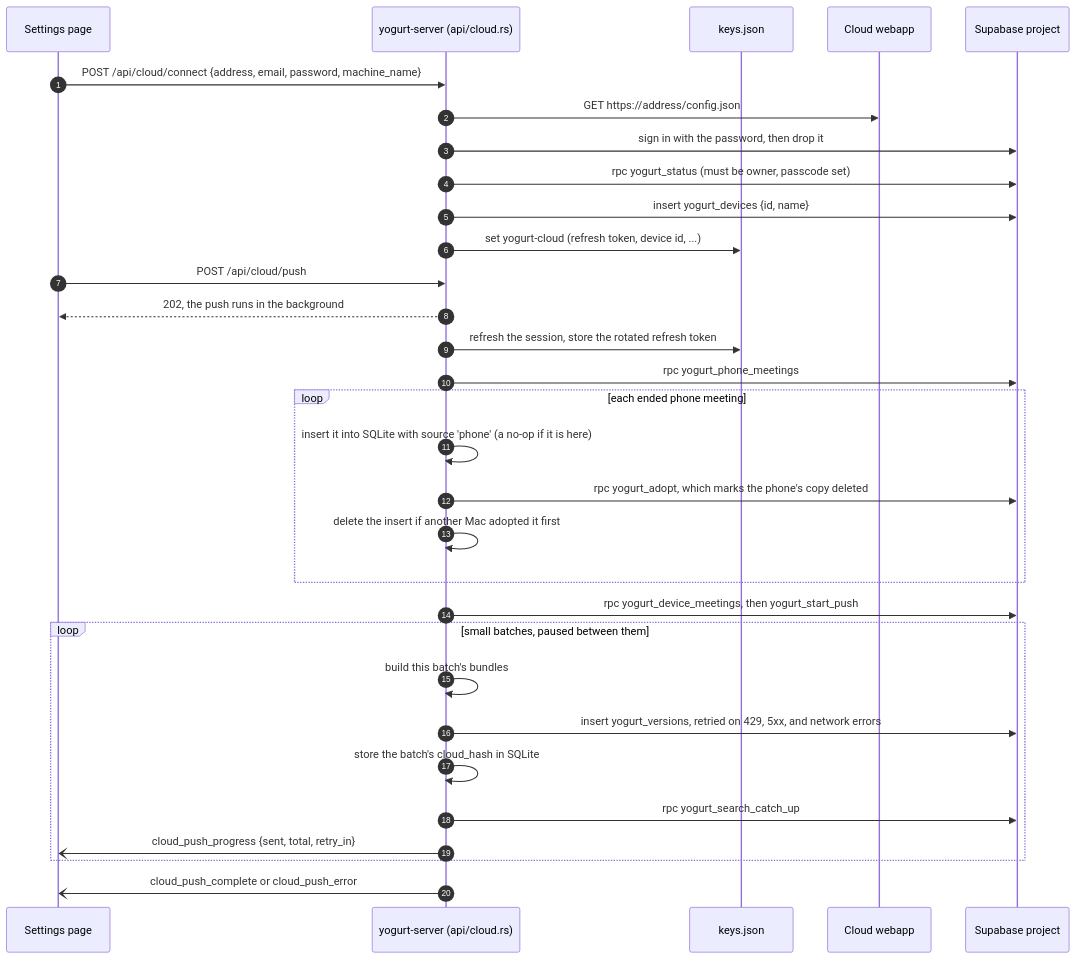
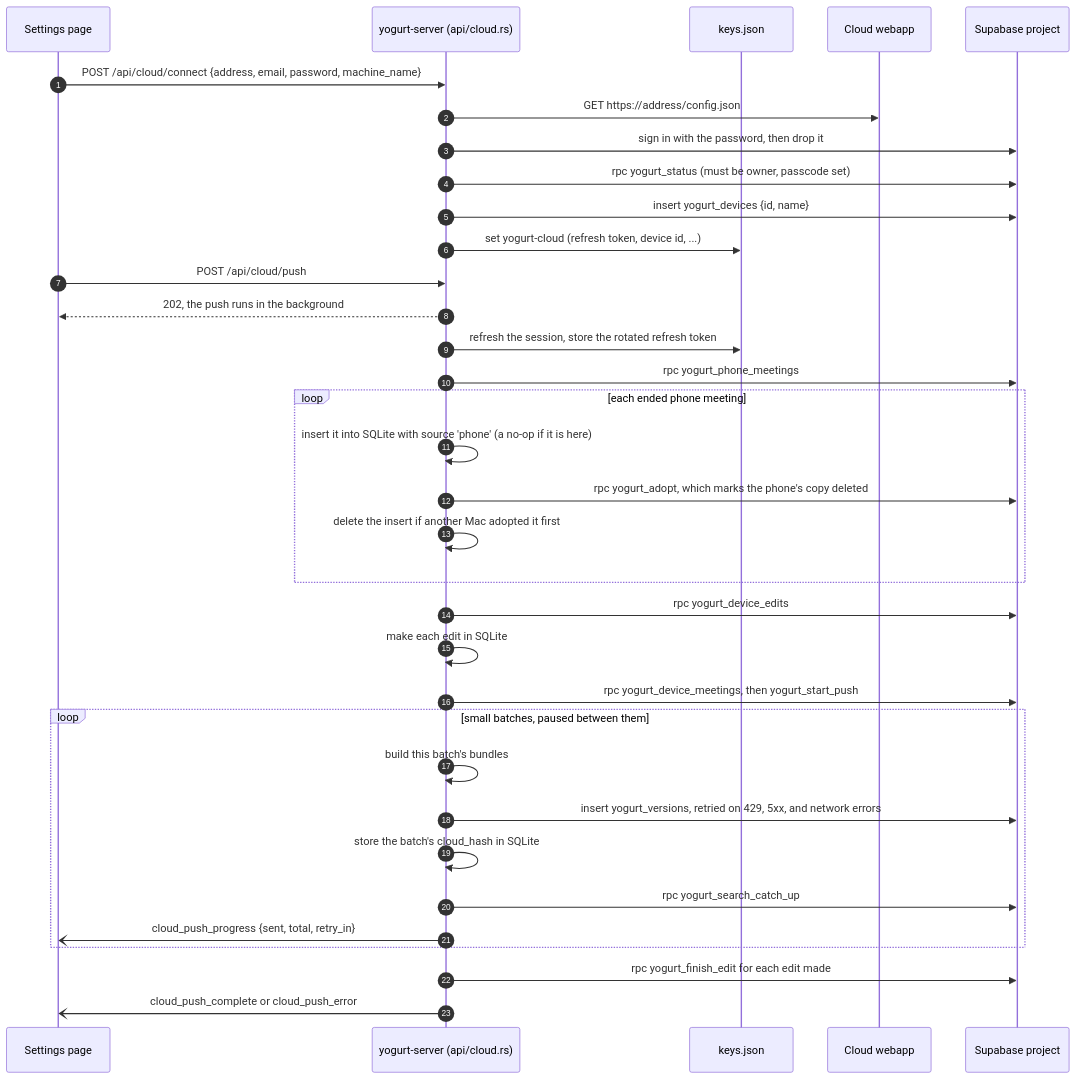
One commit to jarvisrchen/yogurt changed diagram 13 of 14 in docs/ARCHITECTURE.md. Above: the diagram before and after it, drawn with Mermaid. The commit also changed other lines of this file and 20 other files, not shown here.

````diff
--- a/docs/ARCHITECTURE.md
+++ b/docs/ARCHITECTURE.md
@@ -908,34 +908,37 @@
 ```mermaid
 sequenceDiagram
   autonumber
   participant UI as Settings page
   participant S as yogurt-server (api/cloud.rs)
   participant K as keys.json
   participant W as Cloud webapp
   participant P as Supabase project
 
   UI->>S: POST /api/cloud/connect {address, email, password, machine_name}
   S->>W: GET https://address/config.json
   S->>P: sign in with the password, then drop it
   S->>P: rpc yogurt_status (must be owner, passcode set)
   S->>P: insert yogurt_devices {id, name}
   S->>K: set yogurt-cloud (refresh token, device id, ...)
   UI->>S: POST /api/cloud/push
   S-->>UI: 202, the push runs in the background
   S->>K: refresh the session, store the rotated refresh token
   S->>P: rpc yogurt_phone_meetings
   loop each ended phone meeting
     S->>S: insert it into SQLite with source 'phone' (a no-op if it is here)
     S->>P: rpc yogurt_adopt, which marks the phone's copy deleted
     S->>S: delete the insert if another Mac adopted it first
   end
+  S->>P: rpc yogurt_device_edits
+  S->>S: make each edit in SQLite
   S->>P: rpc yogurt_device_meetings, then yogurt_start_push
   loop small batches, paused between them
     S->>S: build this batch's bundles
     S->>P: insert yogurt_versions, retried on 429, 5xx, and network errors
     S->>S: store the batch's cloud_hash in SQLite
     S->>P: rpc yogurt_search_catch_up
     S-)UI: cloud_push_progress {sent, total, retry_in}
   end
+  S->>P: rpc yogurt_finish_edit for each edit made
   S-)UI: cloud_push_complete or cloud_push_error
 ```
````
